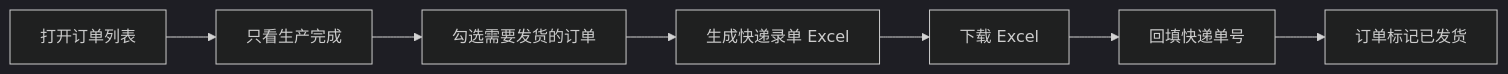
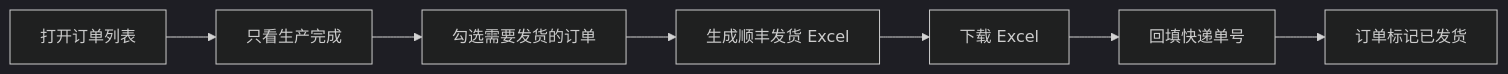
One commit to Backstage2539/KFerp changed the diagram in orderapp-remote/docs/orders-user-manual.md. Above: the diagram before and after it, drawn with Mermaid (dark theme). The commit also changed other lines of this file and 24 other files, not shown here.

````diff
--- a/orderapp-remote/docs/orders-user-manual.md
+++ b/orderapp-remote/docs/orders-user-manual.md
@@ -5,9 +5,9 @@
 ```mermaid
 flowchart LR
   A[打开订单列表] --> B[只看生产完成]
   B --> C[勾选需要发货的订单]
-  C --> D[生成快递录单 Excel]
+  C --> D[生成顺丰发货 Excel]
   D --> E[下载 Excel]
   E --> F[回填快递单号]
   F --> G[订单标记已发货]
 ```
````
